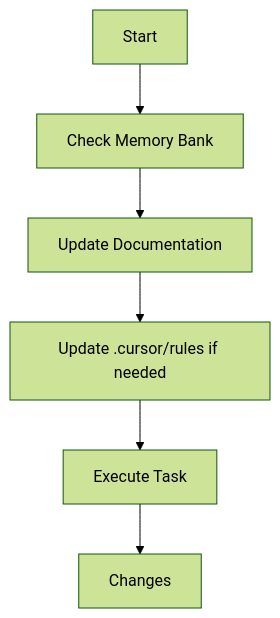
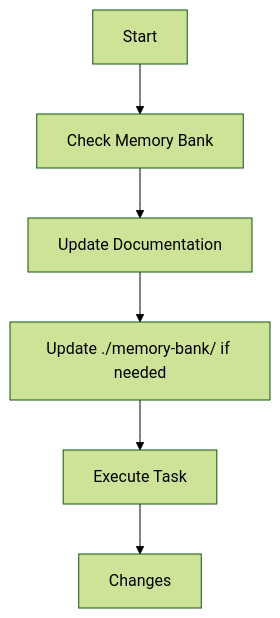
The third of 5 diagrams in .cursor/rules/memory-bank.mdc (CHORUS-TRE/chorus-web-ui), drawn with Mermaid (forest theme) before and after one commit. The commit also changed other lines of this file and 9 other files, not shown here.

First line of the commit message:
chore: add .cursorignore file and update memory bank documentation

````diff
--- a/.cursor/rules/memory-bank.mdc
+++ b/.cursor/rules/memory-bank.mdc
@@ -89,8 +89,8 @@
 ```mermaid
 flowchart TD
     Start[Start] --> Context[Check Memory Bank]
     Context --> Update[Update Documentation]
-    Update --> Rules[Update .cursor/rules if needed]
+    Update --> Rules[Update ./memory-bank/ if needed]
     Rules --> Execute[Execute Task]
     Execute --> Document[Changes]
 ```
````
